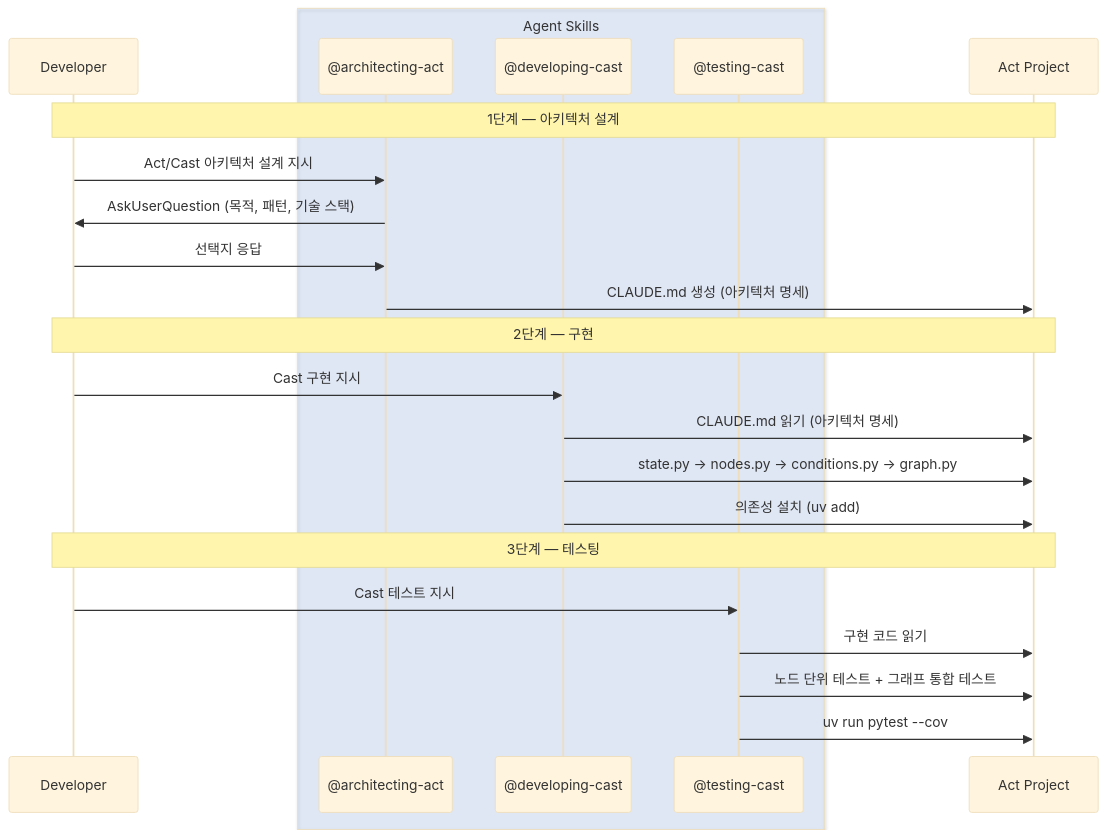
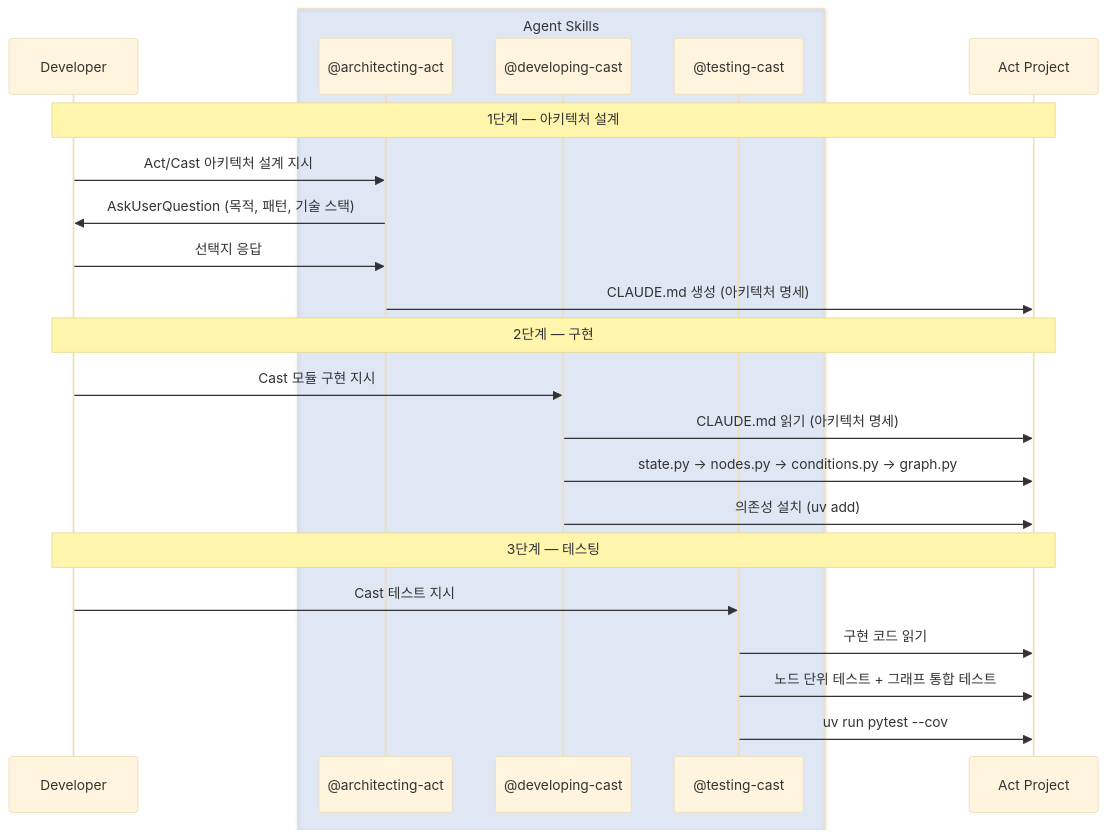
One commit to Proact0/act-operator changed the third of 3 diagrams in README_KR.md. Above: the diagram before and after it, drawn with Mermaid (base theme). The commit also changed 1 other file, not shown here.

Commit message:
docs: refine sequence diagram instructions in README to specify implementation of Cast modules for clarity

````diff
--- a/README_KR.md
+++ b/README_KR.md
@@ -224,28 +224,28 @@
 ```mermaid
 sequenceDiagram
     participant U as Developer
     box rgba(100, 149, 237, 0.15) Agent Skills
         participant AA as @architecting-act
         participant DC as @developing-cast
         participant TC as @testing-cast
     end
     participant P as Act Project
 
     Note over U,P: 1단계 — 아키텍처 설계
     U->>AA: Act/Cast 아키텍처 설계 지시
     AA->>U: AskUserQuestion (목적, 패턴, 기술 스택)
     U->>AA: 선택지 응답
     AA->>P: CLAUDE.md 생성 (아키텍처 명세)
 
     Note over U,P: 2단계 — 구현
-    U->>DC: Cast 구현 지시
+    U->>DC: Cast 모듈 구현 지시
     DC->>P: CLAUDE.md 읽기 (아키텍처 명세)
     DC->>P: state.py → nodes.py → conditions.py → graph.py
     DC->>P: 의존성 설치 (uv add)
 
     Note over U,P: 3단계 — 테스팅
     U->>TC: Cast 테스트 지시
     TC->>P: 구현 코드 읽기
     TC->>P: 노드 단위 테스트 + 그래프 통합 테스트
     TC->>P: uv run pytest --cov
 ```
````
